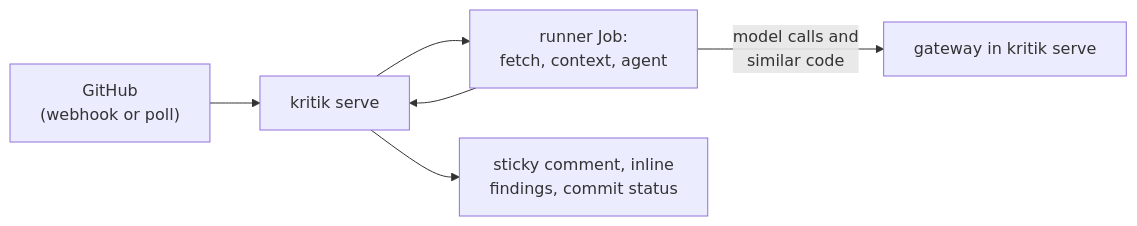
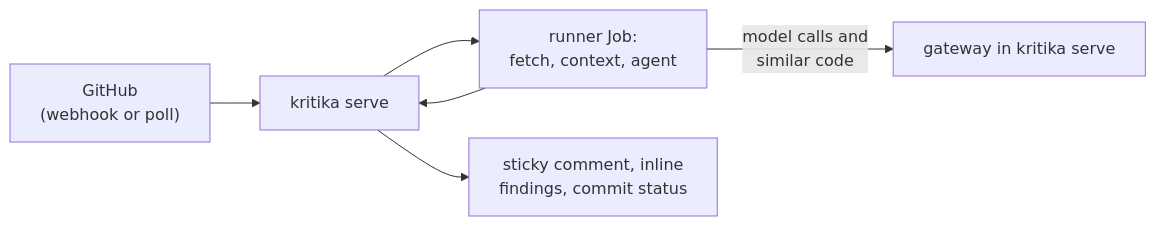
The diagram in docs/index.md (home-operations/kritik), drawn with Mermaid before and after one commit. The commit also changed other lines of this file and 340 other files, not shown here.

Commit message:
refactor!: rename kritik to kritika (#262)

````diff
--- a/docs/index.md
+++ b/docs/index.md
@@ -20,8 +20,8 @@
 ```mermaid
 flowchart LR
-    GH["GitHub<br/>(webhook or poll)"] --> S[kritik serve]
+    GH["GitHub<br/>(webhook or poll)"] --> S[kritika serve]
     S --> J["runner Job:<br/>fetch, context, agent"]
-    J -- "model calls and<br/>similar code" --> G[gateway in kritik serve]
+    J -- "model calls and<br/>similar code" --> G[gateway in kritika serve]
     J --> S
     S --> C["sticky comment, inline<br/>findings, commit status"]
 ```
````
